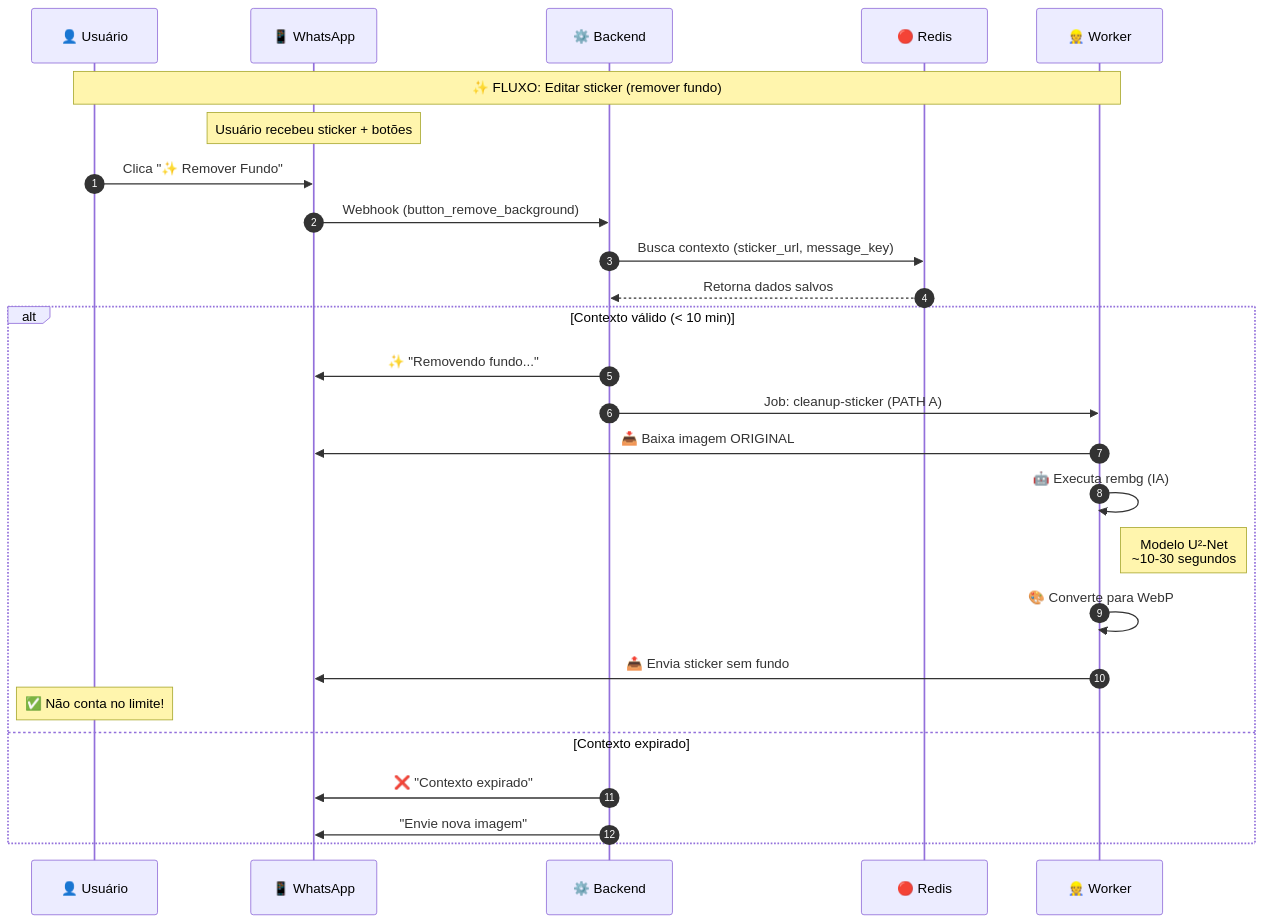
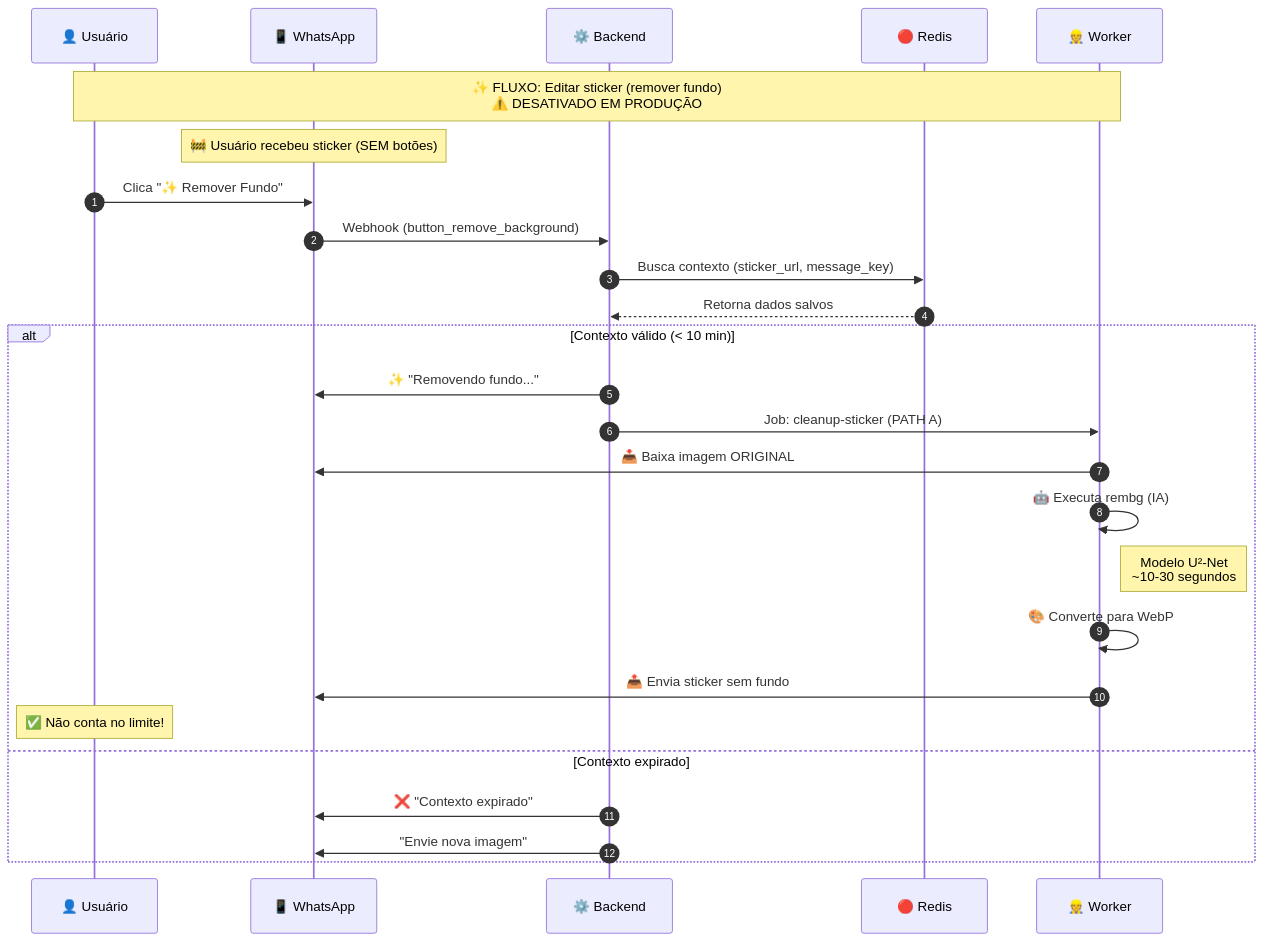
Before and after one commit to reisspaulo/sticker: the fifth of 21 diagrams in docs/architecture/FLOWCHARTS.md, drawn with Mermaid. The commit also changed other lines of this file, not shown here.

First line of the commit message:
docs: add status indicators to FLOWCHARTS.md (active vs disabled flows)

````diff
--- a/docs/architecture/FLOWCHARTS.md
+++ b/docs/architecture/FLOWCHARTS.md
@@ -257,36 +287,36 @@
 ```mermaid
 sequenceDiagram
     autonumber
     participant U as 👤 Usuário
     participant W as 📱 WhatsApp
     participant B as ⚙️ Backend
     participant R as 🔴 Redis
     participant WK as 👷 Worker
 
-    Note over U,WK: ✨ FLUXO: Editar sticker (remover fundo)
+    Note over U,WK: ✨ FLUXO: Editar sticker (remover fundo)<br/>⚠️ DESATIVADO EM PRODUÇÃO
 
-    Note over W: Usuário recebeu sticker + botões
+    Note over W: 🚧 Usuário recebeu sticker (SEM botões)
 
     U->>W: Clica "✨ Remover Fundo"
     W->>B: Webhook (button_remove_background)
 
     B->>R: Busca contexto (sticker_url, message_key)
     R-->>B: Retorna dados salvos
 
     alt Contexto válido (< 10 min)
         B->>W: ✨ "Removendo fundo..."
         B->>WK: Job: cleanup-sticker (PATH A)
 
         WK->>W: 📥 Baixa imagem ORIGINAL
         WK->>WK: 🤖 Executa rembg (IA)
         Note right of WK: Modelo U²-Net<br/>~10-30 segundos
         WK->>WK: 🎨 Converte para WebP
         WK->>W: 📤 Envia sticker sem fundo
 
         Note over U: ✅ Não conta no limite!
 
     else Contexto expirado
         B->>W: ❌ "Contexto expirado"
         B->>W: "Envie nova imagem"
     end
 ```
````
